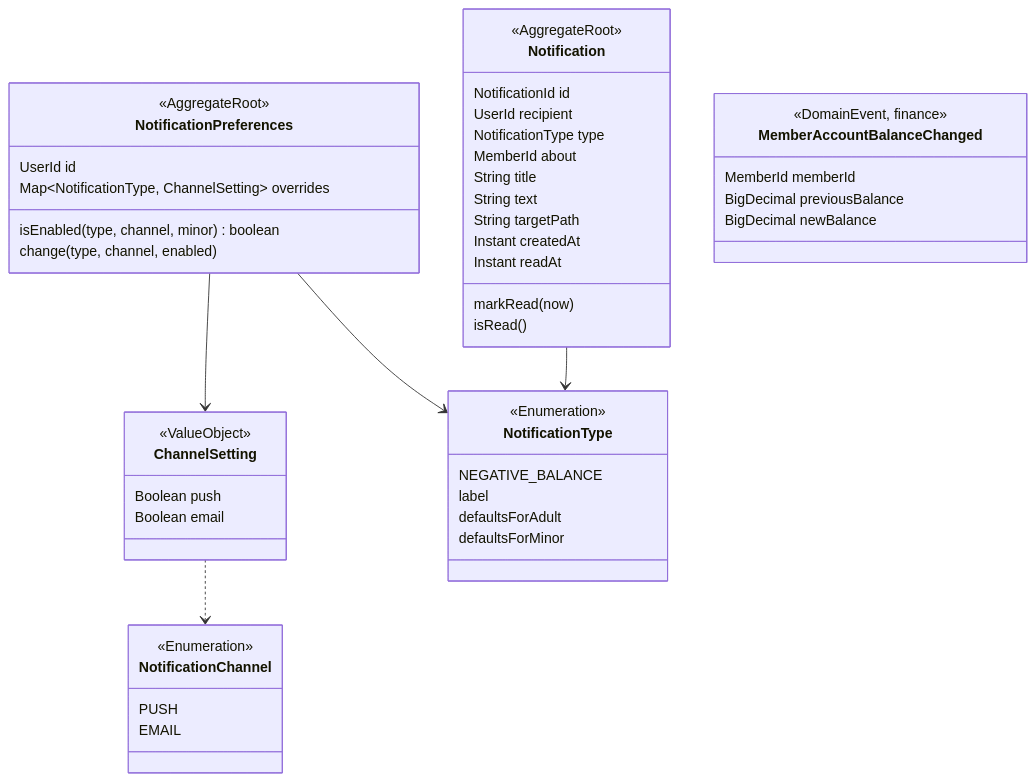
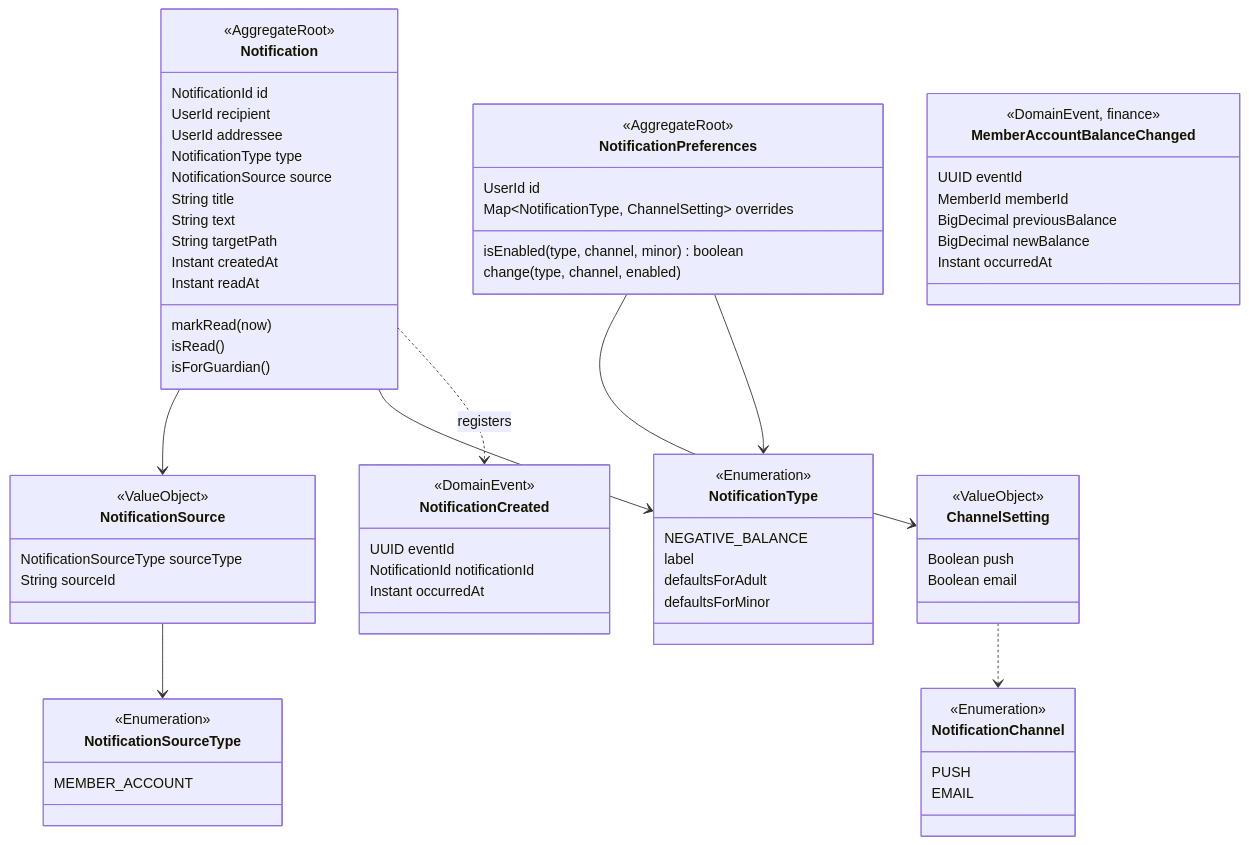
One commit to zabiny/klabis changed the second of 2 diagrams in openspec/changes/introduce-notification-feed/design.md. Above: the diagram before and after it, drawn with Mermaid. The commit also changed other lines of this file and 4 other files, not shown here.

````diff
--- a/openspec/changes/introduce-notification-feed/design.md
+++ b/openspec/changes/introduce-notification-feed/design.md
@@ -110,51 +124,73 @@
 ```mermaid
 classDiagram
     class Notification {
         <<AggregateRoot>>
         NotificationId id
         UserId recipient
+        UserId addressee
         NotificationType type
-        MemberId about
+        NotificationSource source
         String title
         String text
         String targetPath
         Instant createdAt
         Instant readAt
         markRead(now)
         isRead()
+        isForGuardian()
+    }
+    class NotificationSource {
+        <<ValueObject>>
+        NotificationSourceType sourceType
+        String sourceId
+    }
+    class NotificationSourceType {
+        <<Enumeration>>
+        MEMBER_ACCOUNT
     }
     class NotificationPreferences {
         <<AggregateRoot>>
         UserId id
         Map~NotificationType, ChannelSetting~ overrides
         isEnabled(type, channel, minor) boolean
         change(type, channel, enabled)
     }
     class ChannelSetting {
         <<ValueObject>>
         Boolean push
         Boolean email
     }
     class NotificationType {
         <<Enumeration>>
         NEGATIVE_BALANCE
         label
         defaultsForAdult
         defaultsForMinor
     }
     class NotificationChannel {
         <<Enumeration>>
         PUSH
         EMAIL
     }
+    class NotificationCreated {
+        <<DomainEvent>>
+        UUID eventId
+        NotificationId notificationId
+        Instant occurredAt
+    }
     class MemberAccountBalanceChanged {
         <<DomainEvent, finance>>
+        UUID eventId
         MemberId memberId
         BigDecimal previousBalance
         BigDecimal newBalance
+        Instant occurredAt
     }
+    Notification --> NotificationSource
+    NotificationSource --> NotificationSourceType
+    Notification --> NotificationType
+    Notification ..> NotificationCreated : registers
     NotificationPreferences --> ChannelSetting
-    Notification --> NotificationType
     NotificationPreferences --> NotificationType
     ChannelSetting ..> NotificationChannel
 ```
````
